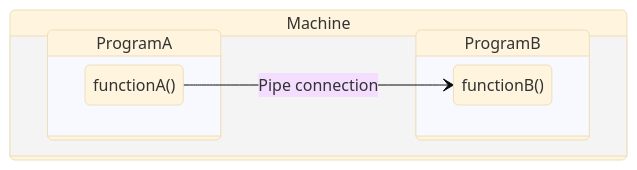
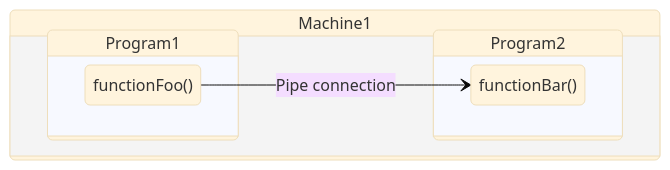
One commit to basondole/basondole.github.io changed the second of 3 diagrams in blog/networkauto/grpc.md. Above: the diagram before and after it, drawn with Mermaid (base theme). The commit also changed other lines of this file, not shown here.

````diff
--- a/blog/networkauto/grpc.md
+++ b/blog/networkauto/grpc.md
@@ -68,16 +76,16 @@
 ```mermaid
 stateDiagram
   direction LR
-  state Machine {
+  state Machine1 {
     direction LR
-    state ProgramA {
+    state Program1 {
       direction LR
-      functionA()
+      functionFoo()
     }
-    state ProgramB {
+    state Program2 {
       direction LR
-      functionB()
+      functionBar()
     }
   }
-  functionA() --> functionB(): Pipe connection
+  functionFoo() --> functionBar(): Pipe connection
 ```
````
